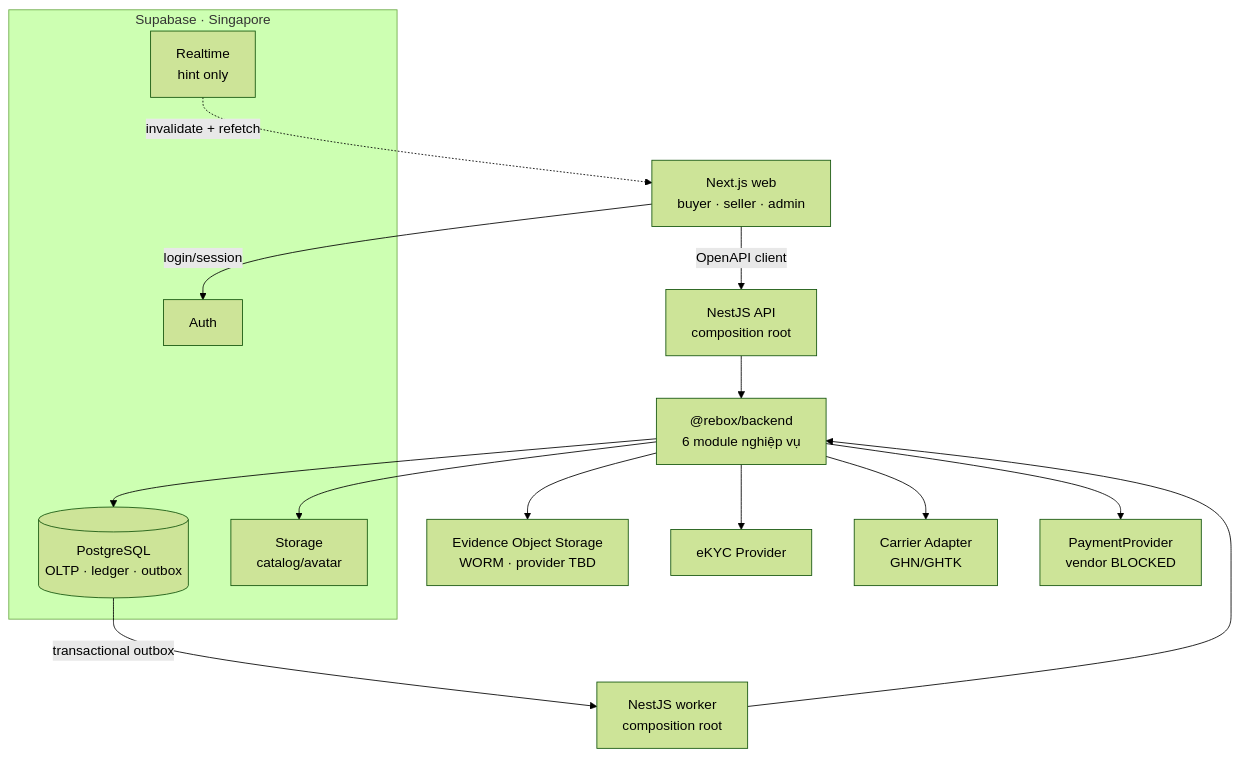
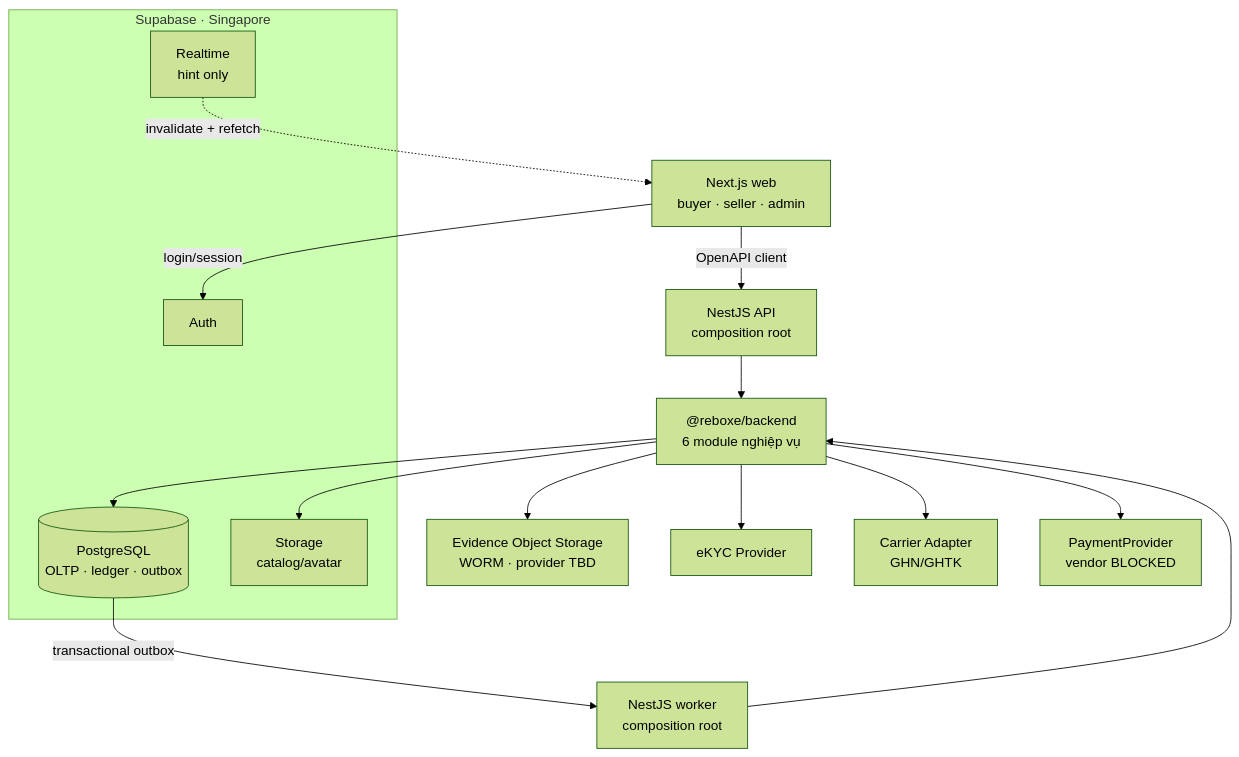
The first of 3 diagrams in docs/01-TECHNICAL-SPEC.md (kttt294/Rebox), drawn with Mermaid (forest theme) before and after one commit. The commit also changed other lines of this file and 139 other files, not shown here.

````diff
--- a/docs/01-TECHNICAL-SPEC.md
+++ b/docs/01-TECHNICAL-SPEC.md
@@ -35,32 +35,32 @@
 ```mermaid
 flowchart TB
   WEB["Next.js web<br/>buyer · seller · admin"]
   API["NestJS API<br/>composition root"]
   WORKER["NestJS worker<br/>composition root"]
-  BACKEND["@rebox/backend<br/>6 module nghiệp vụ"]
+  BACKEND["@reboxe/backend<br/>6 module nghiệp vụ"]
 
   subgraph SUPA["Supabase · Singapore"]
     AUTH["Auth"]
     PG[("PostgreSQL<br/>OLTP · ledger · outbox")]
     MEDIA["Storage<br/>catalog/avatar"]
     RT["Realtime<br/>hint only"]
   end
 
   EVIDENCE["Evidence Object Storage<br/>WORM · provider TBD"]
   KYC["eKYC Provider"]
   CARRIER["Carrier Adapter<br/>GHN/GHTK"]
   PSP["PaymentProvider<br/>vendor BLOCKED"]
 
   WEB -->|login/session| AUTH
   WEB -->|OpenAPI client| API
   API --> BACKEND
   WORKER --> BACKEND
   BACKEND --> PG
   BACKEND --> MEDIA
   BACKEND --> EVIDENCE
   BACKEND --> KYC
   BACKEND --> CARRIER
   BACKEND --> PSP
   PG -->|transactional outbox| WORKER
   RT -.invalidate + refetch.-> WEB
 ```
````
